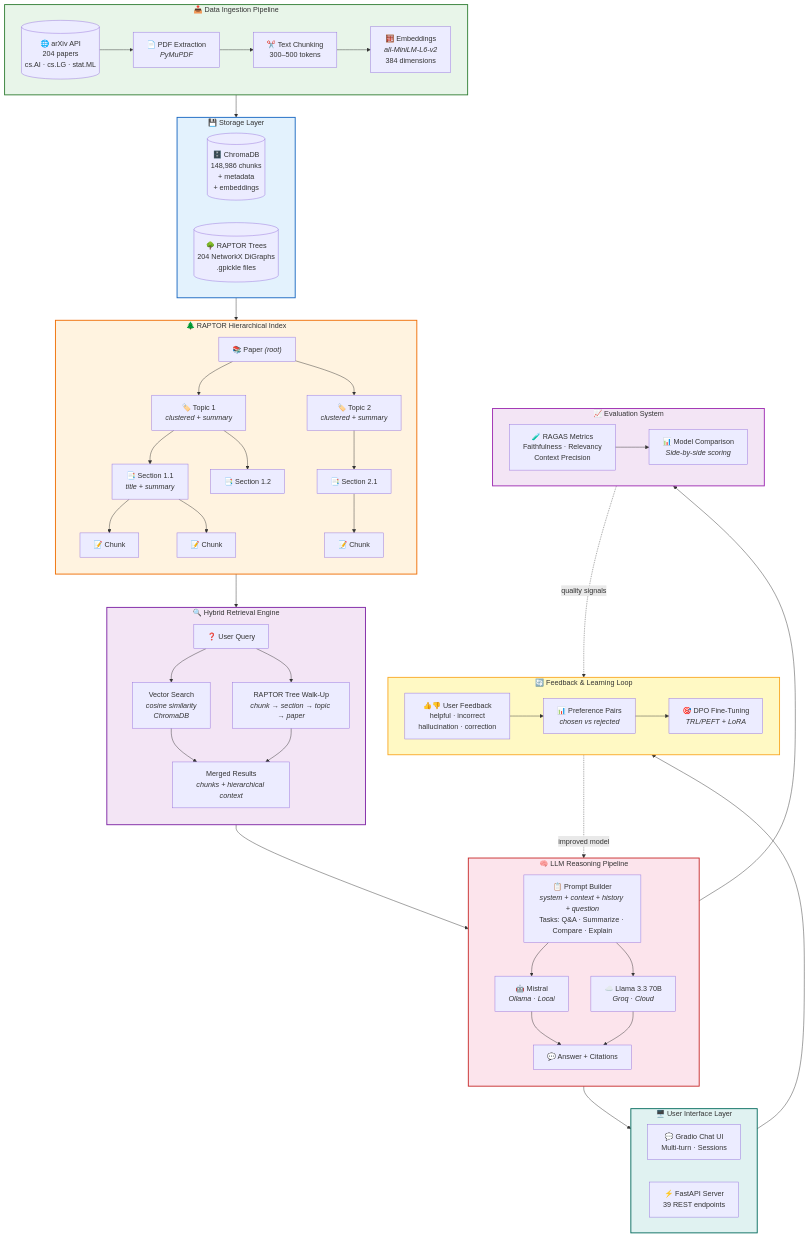
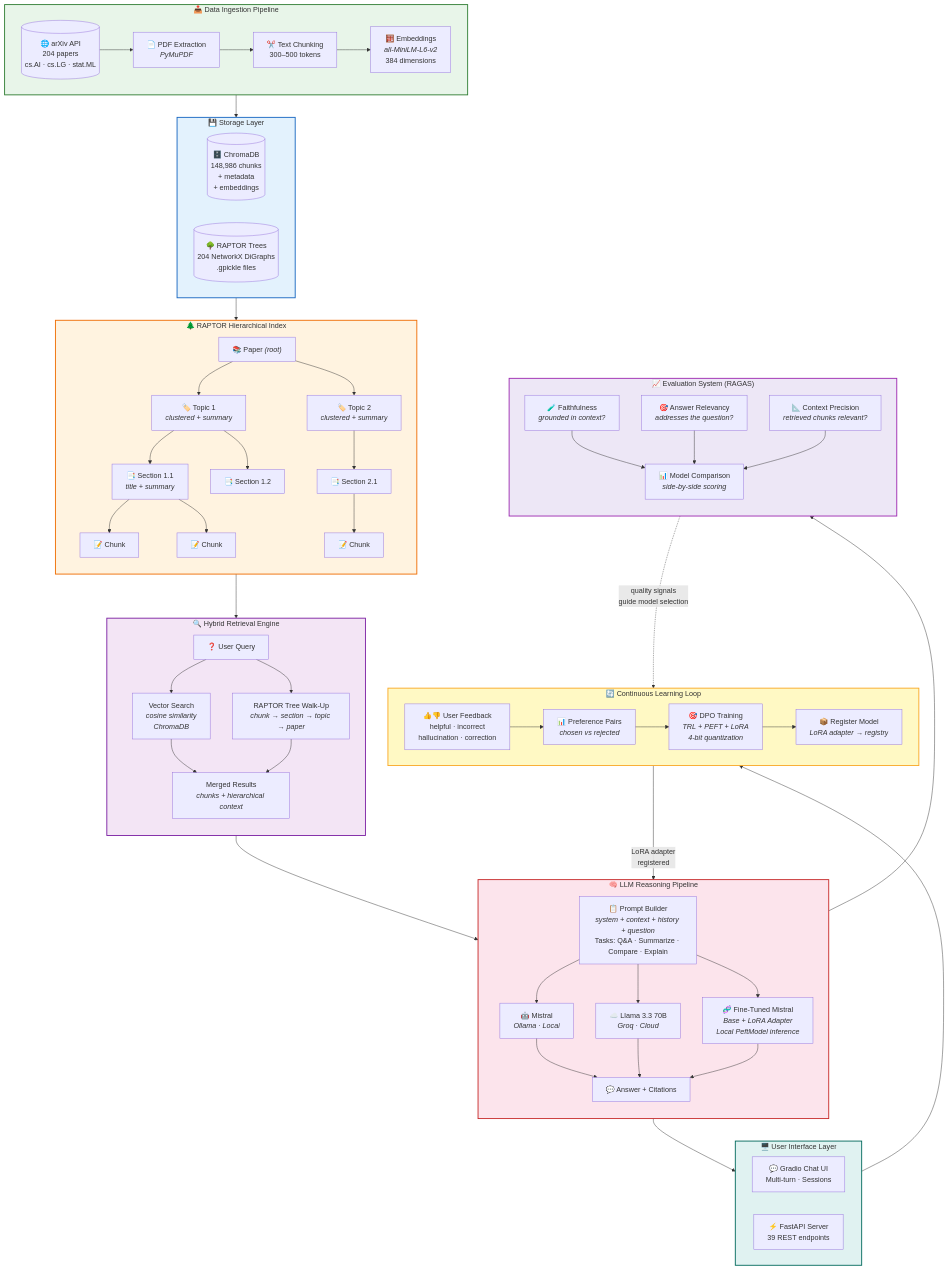
The first of 7 diagrams in README.md (priyankmistry21699-web/raptor-research-assistant), drawn with Mermaid before and after one commit. The commit also changed other lines of this file, not shown here.

First line of the commit message:
Update architecture overview: enhanced diagrams for fine-tuned inference, learning loop, evaluation pipeline

````diff
--- a/README.md
+++ b/README.md
@@ -63,10 +63,12 @@
         E1["📋 Prompt Builder<br/><i>system + context + history + question</i><br/>Tasks: Q&A · Summarize · Compare · Explain"]
         E2["🤖 Mistral<br/><i>Ollama · Local</i>"]
         E3["☁️ Llama 3.3 70B<br/><i>Groq · Cloud</i>"]
+        E5["🧬 Fine-Tuned Mistral<br/><i>Base + LoRA Adapter</i><br/><i>Local PeftModel inference</i>"]
         E4["💬 Answer + Citations"]
-        E1 --> E2 & E3
+        E1 --> E2 & E3 & E5
         E2 --> E4
         E3 --> E4
+        E5 --> E4
     end
 
     subgraph INTERFACE["🖥️ User Interface Layer"]
@@ -75,19 +77,22 @@
         F2["⚡ FastAPI Server<br/>39 REST endpoints"]
     end
 
-    subgraph FEEDBACK["🔄 Feedback & Learning Loop"]
+    subgraph LEARNING["🔄 Continuous Learning Loop"]
         direction LR
         G1["👍👎 User Feedback<br/>helpful · incorrect<br/>hallucination · correction"]
         G2["📊 Preference Pairs<br/><i>chosen vs rejected</i>"]
-        G3["🎯 DPO Fine-Tuning<br/><i>TRL/PEFT + LoRA</i>"]
-        G1 --> G2 --> G3
+        G3["🎯 DPO Training<br/><i>TRL + PEFT + LoRA</i><br/><i>4-bit quantization</i>"]
+        G4["📦 Register Model<br/><i>LoRA adapter → registry</i>"]
+        G1 --> G2 --> G3 --> G4
     end
 
-    subgraph EVAL["📈 Evaluation System"]
-        direction LR
-        H1["🧪 RAGAS Metrics<br/>Faithfulness · Relevancy<br/>Context Precision"]
-        H2["📊 Model Comparison<br/><i>Side-by-side scoring</i>"]
-        H1 --> H2
+    subgraph EVAL["📈 Evaluation System (RAGAS)"]
+        direction TB
+        H1["🧪 Faithfulness<br/><i>grounded in context?</i>"]
+        H2["🎯 Answer Relevancy<br/><i>addresses the question?</i>"]
+        H3["📐 Context Precision<br/><i>retrieved chunks relevant?</i>"]
+        H4["📊 Model Comparison<br/><i>side-by-side scoring</i>"]
+        H1 & H2 & H3 --> H4
     end
 
     INGESTION --> STORAGE
@@ -95,10 +100,10 @@
     INDEX --> RETRIEVAL
     RETRIEVAL --> REASONING
     REASONING --> INTERFACE
-    INTERFACE --> FEEDBACK
-    FEEDBACK -.->|"improved model"| REASONING
+    INTERFACE --> LEARNING
+    LEARNING -->|"LoRA adapter<br/>registered"| REASONING
     REASONING --> EVAL
-    EVAL -.->|"quality signals"| FEEDBACK
+    EVAL -.->|"quality signals<br/>guide model selection"| LEARNING
 
     style INGESTION fill:#e8f5e9,stroke:#2e7d32,stroke-width:2px
     style STORAGE fill:#e3f2fd,stroke:#1565c0,stroke-width:2px
@@ -106,6 +111,6 @@
     style RETRIEVAL fill:#f3e5f5,stroke:#7b1fa2,stroke-width:2px
     style REASONING fill:#fce4ec,stroke:#c62828,stroke-width:2px
     style INTERFACE fill:#e0f2f1,stroke:#00695c,stroke-width:2px
-    style FEEDBACK fill:#fff9c4,stroke:#f9a825,stroke-width:2px
-    style EVAL fill:#f3e5f5,stroke:#9c27b0,stroke-width:2px
+    style LEARNING fill:#fff9c4,stroke:#f9a825,stroke-width:2px
+    style EVAL fill:#ede7f6,stroke:#9c27b0,stroke-width:2px
 ```
````
